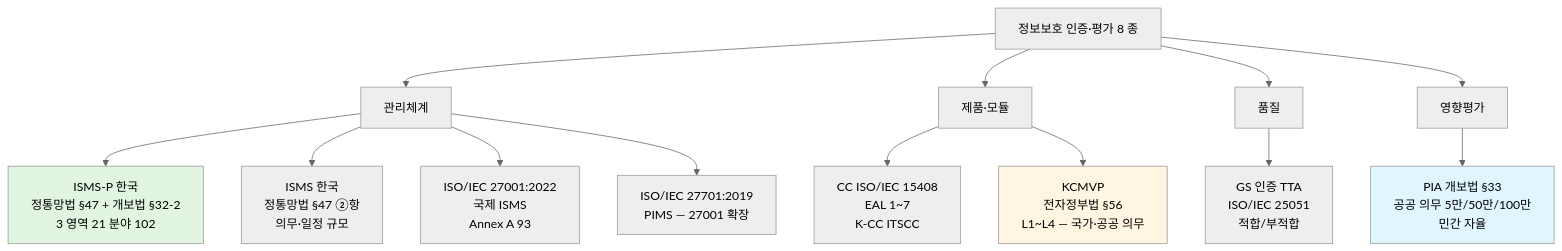
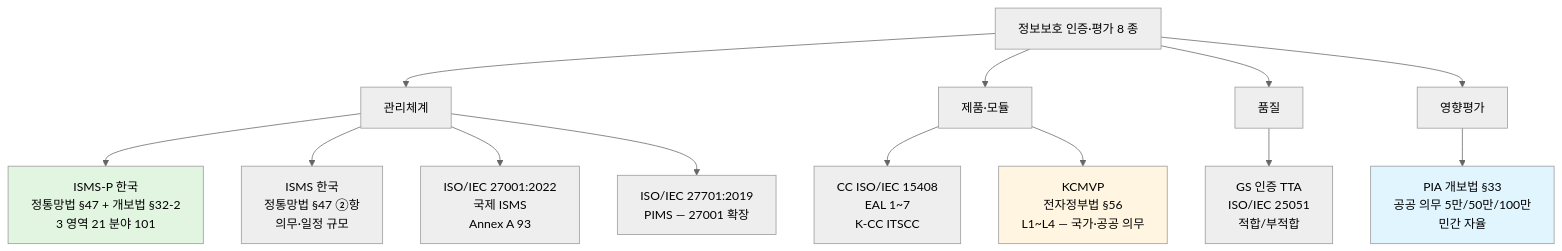
The fifth of 5 diagrams in cs/information-security/study/05.management-and-law/05.certifications.md (ianrang/cs-study), drawn with Mermaid (neutral theme) before and after one commit. The commit also changed other lines of this file and 1 other file, not shown here.

````diff
--- a/cs/information-security/study/05.management-and-law/05.certifications.md
+++ b/cs/information-security/study/05.management-and-law/05.certifications.md
@@ -681,24 +687,24 @@
 ```mermaid
 graph TD
   TOP[정보보호 인증·평가 8 종]
 
   TOP --> M[관리체계]
-  M --> M1[ISMS-P 한국<br/>정통망법 §47 + 개보법 §32-2<br/>3 영역 21 분야 102]
+  M --> M1[ISMS-P 한국<br/>정통망법 §47 + 개보법 §32-2<br/>3 영역 21 분야 101]
   M --> M2[ISMS 한국<br/>정통망법 §47 ②항<br/>의무·일정 규모]
   M --> M3[ISO/IEC 27001:2022<br/>국제 ISMS<br/>Annex A 93]
   M --> M4[ISO/IEC 27701:2019<br/>PIMS — 27001 확장]
 
   TOP --> P[제품·모듈]
   P --> P1[CC ISO/IEC 15408<br/>EAL 1~7<br/>K-CC ITSCC]
   P --> P2[KCMVP<br/>전자정부법 §56<br/>L1~L4 — 국가·공공 의무]
 
   TOP --> Q[품질]
   Q --> Q1[GS 인증 TTA<br/>ISO/IEC 25051<br/>적합/부적합]
 
   TOP --> A[영향평가]
   A --> A1[PIA 개보법 §33<br/>공공 의무 5만/50만/100만<br/>민간 자율]
 
   style M1 fill:#e1f5e1
   style P2 fill:#fff5e1
   style A1 fill:#e1f5ff
 ```
````
